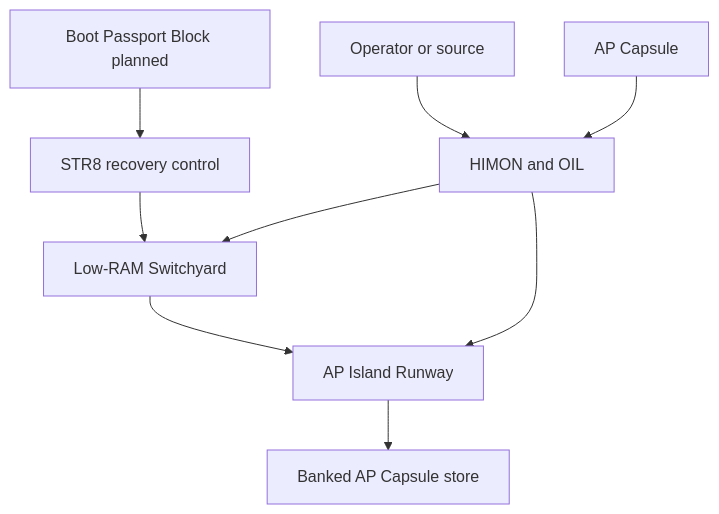
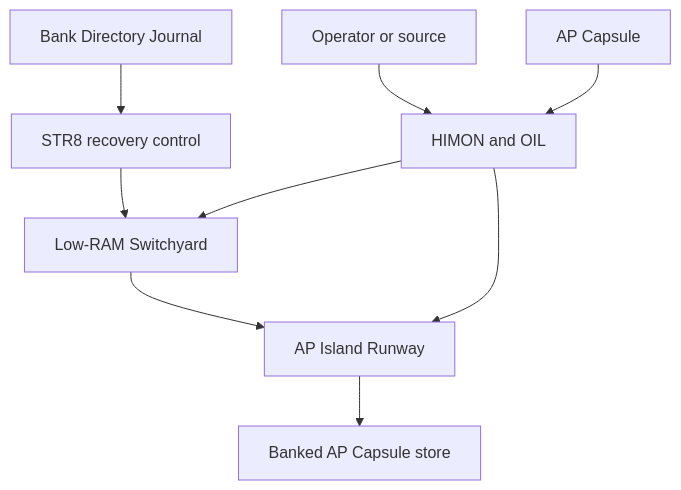
The first of 6 diagrams in DOC/GENERATED/CONTROL_DECK_MAP.md (95westus/R-YORS), drawn with Mermaid before and after one commit. The commit also changed other lines of this file and 94 other files, not shown here.

````diff
--- a/DOC/GENERATED/CONTROL_DECK_MAP.md
+++ b/DOC/GENERATED/CONTROL_DECK_MAP.md
@@ -33,11 +33,11 @@
 ```mermaid
 flowchart TD
     OP["Operator or source"] --> HIM["HIMON and OIL"]
     APC["AP Capsule"] --> HIM
     STR8["STR8 recovery control"] --> LRS["Low-RAM Switchyard"]
     HIM --> LRS
     LRS --> AIR["AP Island Runway"]
     HIM --> AIR
     AIR --> STORE["Banked AP Capsule store"]
-    BPB["Boot Passport Block planned"] --> STR8
+    BDJ["Bank Directory Journal"] --> STR8
 ```
````
